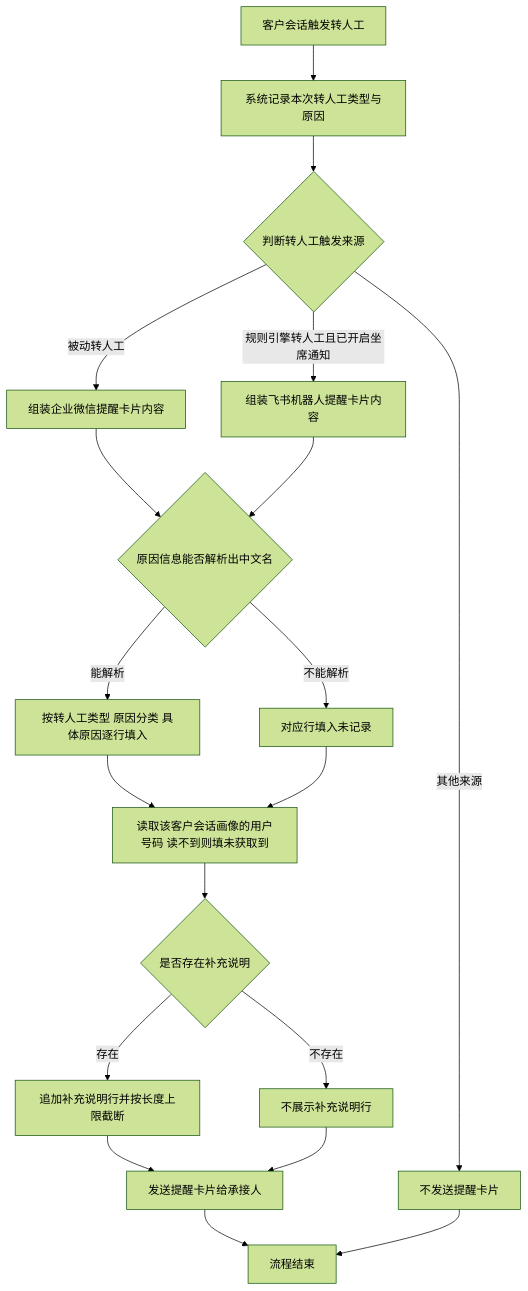
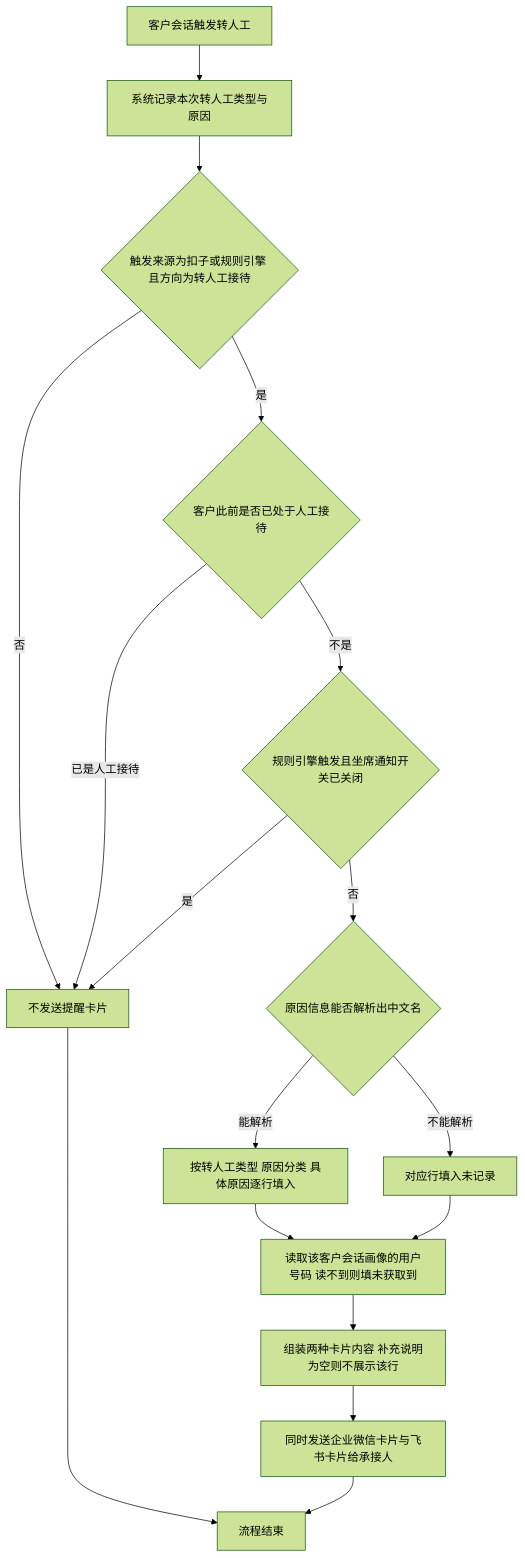
One commit to Leo-ai05/prototypes changed the first of 2 diagrams in 转人工提醒卡片增加原因细分提示/PRD-转人工提醒卡片增加原因细分提示.md. Above: the diagram before and after it, drawn with Mermaid (forest theme). The commit also changed other lines of this file and 30 other files, not shown here.

````diff
--- a/转人工提醒卡片增加原因细分提示/PRD-转人工提醒卡片增加原因细分提示.md
+++ b/转人工提醒卡片增加原因细分提示/PRD-转人工提醒卡片增加原因细分提示.md
@@ -60,21 +70,19 @@
 ```mermaid
 flowchart TD
     A[客户会话触发转人工] --> B[系统记录本次转人工类型与原因]
-    B --> C{判断转人工触发来源}
-    C -->|被动转人工| D[组装企业微信提醒卡片内容]
-    C -->|规则引擎转人工且已开启坐席通知| E[组装飞书机器人提醒卡片内容]
-    C -->|其他来源| F1[不发送提醒卡片]
-    D --> G{原因信息能否解析出中文名}
-    E --> G
+    B --> C{触发来源为扣子或规则引擎 且方向为转人工接待}
+    C -->|否| F1[不发送提醒卡片]
+    C -->|是| D{客户此前是否已处于人工接待}
+    D -->|已是人工接待| F1
+    D -->|不是| E{规则引擎触发且坐席通知开关已关闭}
+    E -->|是| F1
+    E -->|否| G{原因信息能否解析出中文名}
     G -->|能解析| H[按转人工类型 原因分类 具体原因逐行填入]
     G -->|不能解析| I[对应行填入未记录]
     H --> N[读取该客户会话画像的用户号码 读不到则填未获取到]
     I --> N
-    N --> J{是否存在补充说明}
-    J -->|存在| K[追加补充说明行并按长度上限截断]
-    J -->|不存在| L[不展示补充说明行]
-    K --> M[发送提醒卡片给承接人]
-    L --> M
+    N --> J[组装两种卡片内容 补充说明为空则不展示该行]
+    J --> M[同时发送企业微信卡片与飞书卡片给承接人]
     M --> F2[流程结束]
     F1 --> F2
 ```
````
